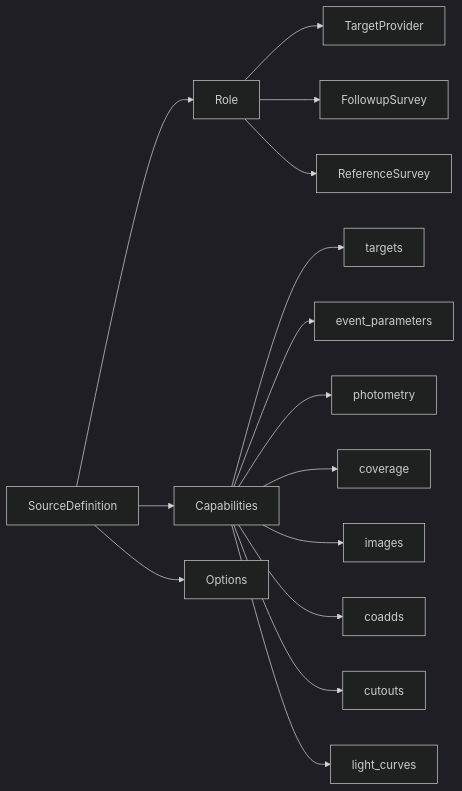
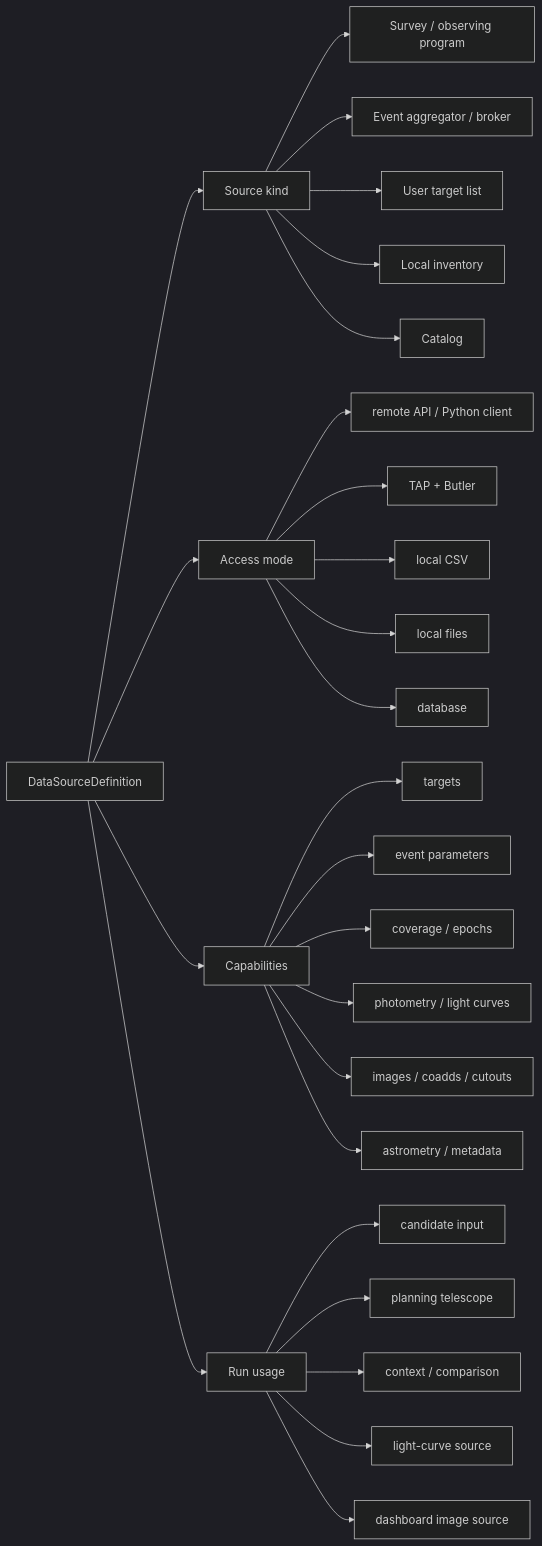
The second of 4 diagrams in docs/architecture_restructure_proposal.md (nowokaren/target_selection), drawn with Mermaid (dark theme) before and after one commit. The commit also changed other lines of this file and 2 other files, not shown here.

Commit message:
Refine architecture proposal source model

````diff
--- a/docs/architecture_restructure_proposal.md
+++ b/docs/architecture_restructure_proposal.md
@@ -58,19 +61,32 @@
 ```mermaid
 flowchart LR
-    S[SourceDefinition] --> R[Role]
+    S[DataSourceDefinition] --> K[Source kind]
+    S --> A[Access mode]
     S --> C[Capabilities]
-    S --> O[Options]
+    S --> U[Run usage]
 
-    R --> TP[TargetProvider]
-    R --> FS[FollowupSurvey]
-    R --> RS[ReferenceSurvey]
+    K --> SV[Survey / observing program]
+    K --> AG[Event aggregator / broker]
+    K --> TL[User target list]
+    K --> LI[Local inventory]
+    K --> CT[Catalog]
+
+    A --> API[remote API / Python client]
+    A --> TB[TAP + Butler]
+    A --> CSV[local CSV]
+    A --> FILE[local files]
+    A --> DB[database]
 
     C --> T[targets]
-    C --> EP[event_parameters]
-    C --> PH[photometry]
-    C --> CV[coverage]
-    C --> IM[images]
-    C --> CO[coadds]
-    C --> CU[cutouts]
-    C --> LC[light_curves]
+    C --> EP[event parameters]
+    C --> CV[coverage / epochs]
+    C --> PH[photometry / light curves]
+    C --> IM[images / coadds / cutouts]
+    C --> AS[astrometry / metadata]
+
+    U --> CI[candidate input]
+    U --> PT[planning telescope]
+    U --> CX[context / comparison]
+    U --> LC[light-curve source]
+    U --> DS[dashboard image source]
 ```
````
